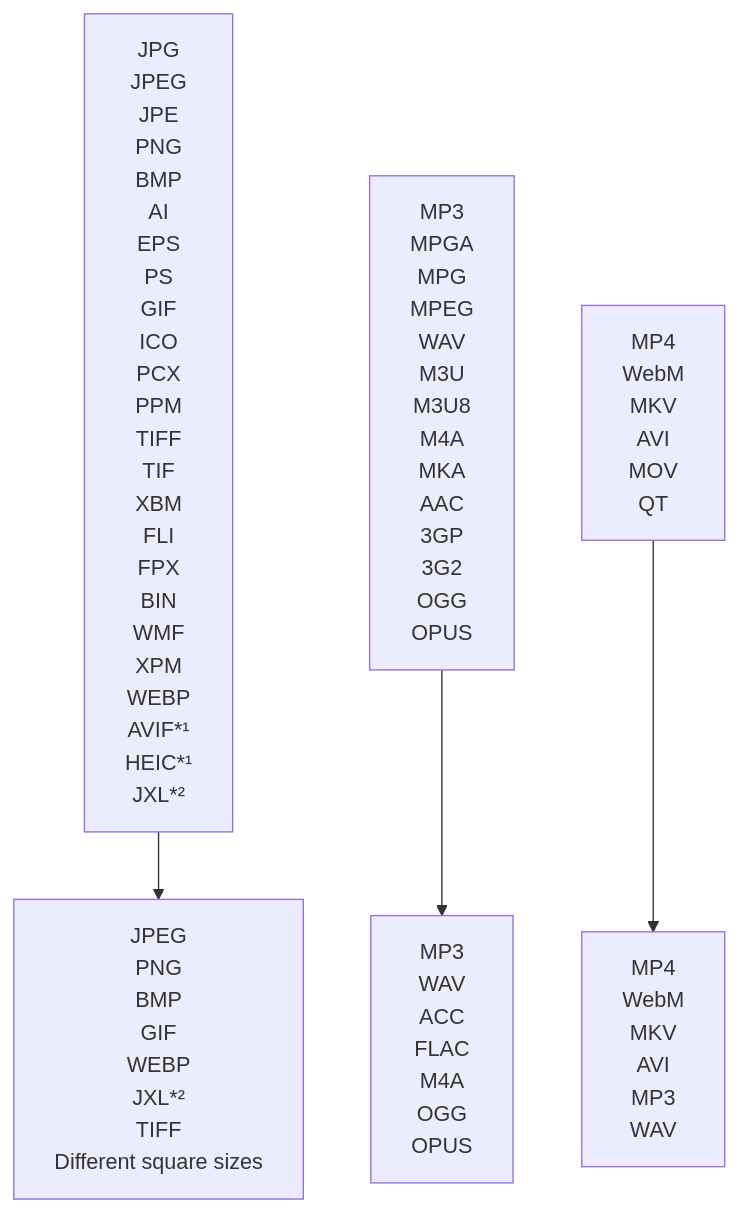
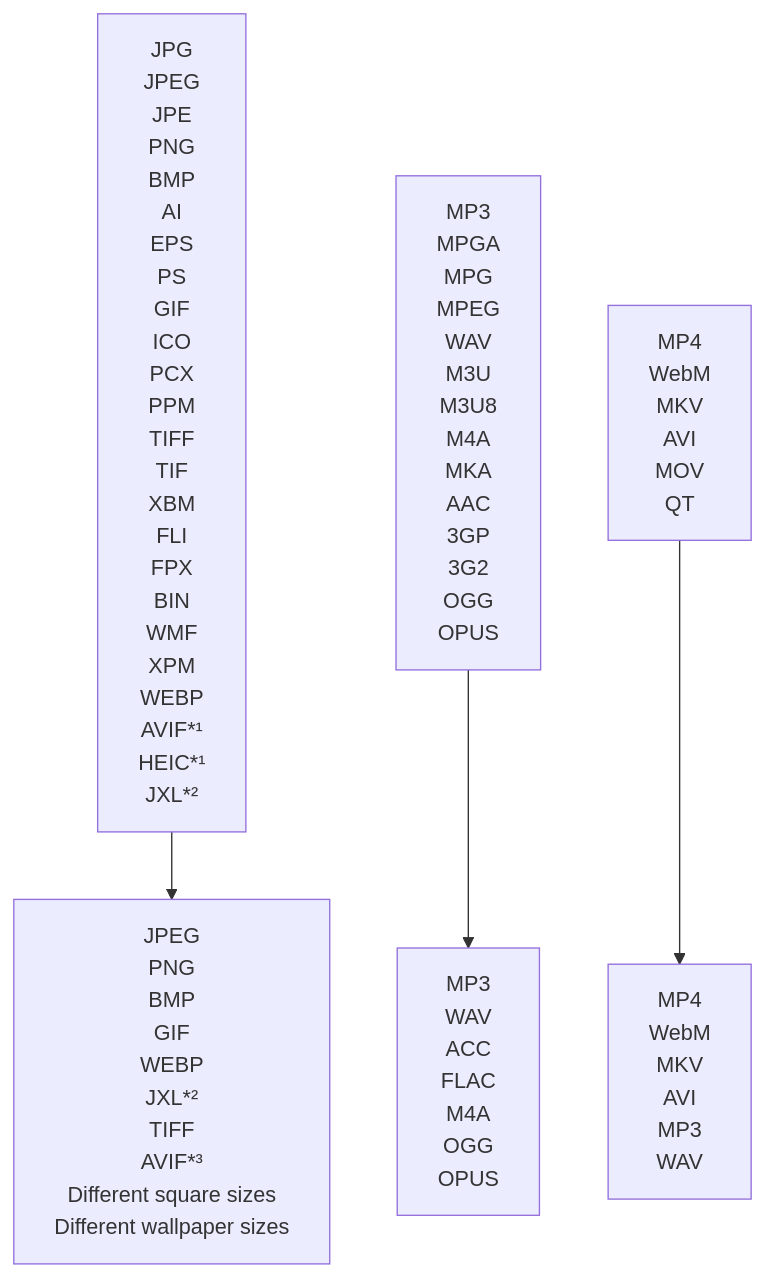
Before and after one commit to Lich-Corals/linux-file-converter-addon: the diagram in README.md, drawn with Mermaid. The commit also changed other lines of this file, not shown here.

````diff
--- a/README.md
+++ b/README.md
@@ -13,21 +13,21 @@
 ```mermaid
     flowchart TD
     A[Supported Image Files]
     B[Supported Audio Files]
     C[Supported Video Files]
     D[image]
     E[audio]
     F[video]
 
     A["JPG<br/>JPEG<br/>JPE<br/>PNG<br/>BMP<br/>AI<br/>EPS<br/>PS<br/>GIF<br/>ICO<br/>PCX<br/>PPM<br/>TIFF<br/>TIF<br/>XBM<br/>FLI<br/>FPX<br/>BIN<br/>WMF<br/>XPM<br/>WEBP<br/>AVIF*¹<br/>HEIC*¹<br/>JXL*²"]
     B["MP3<br/>MPGA<br/>MPG<br/>MPEG<br/>WAV<br/>M3U<br/>M3U8<br/>M4A<br/>MKA<br/>AAC<br/>3GP<br/>3G2<br/>OGG<br/>OPUS"]
     C["MP4<br/>WebM<br/>MKV<br/>AVI<br/>MOV<br/>QT"]
 
-    D["JPEG<br/>PNG<br/>BMP<br/>GIF<br/>WEBP<br/>JXL*²<br/>TIFF<br/>Different square sizes"]
+    D["JPEG<br/>PNG<br/>BMP<br/>GIF<br/>WEBP<br/>JXL*²<br/>TIFF<br/>AVIF*³<br/>Different square sizes<br/>Different wallpaper sizes"]
     E["MP3<br/>WAV<br/>ACC<br/>FLAC<br/>M4A<br/>OGG<br/>OPUS"]
     F["MP4<br/>WebM<br/>MKV<br/>AVI<br/>MP3<br/>WAV"]
 
     A --> D
     B --> E
     C --> F
 ```
````
